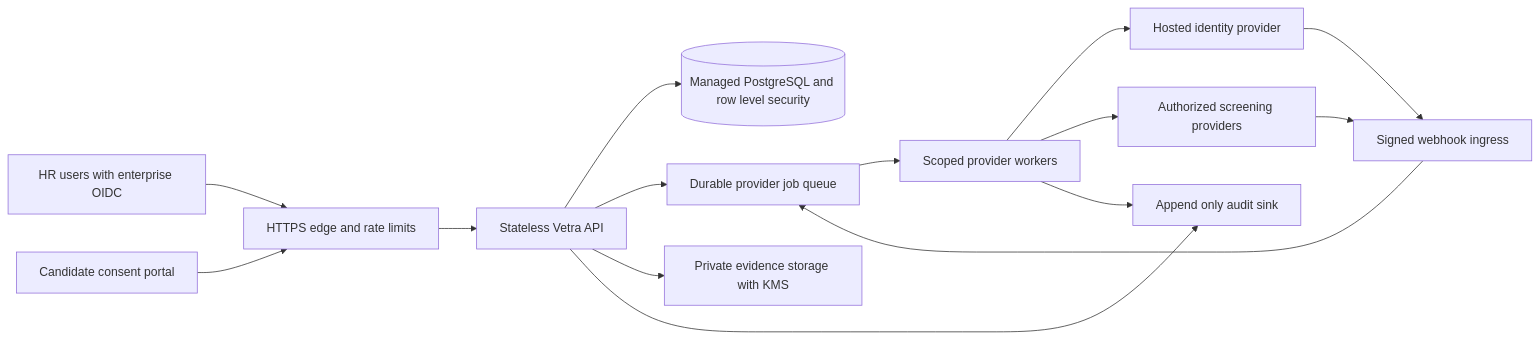
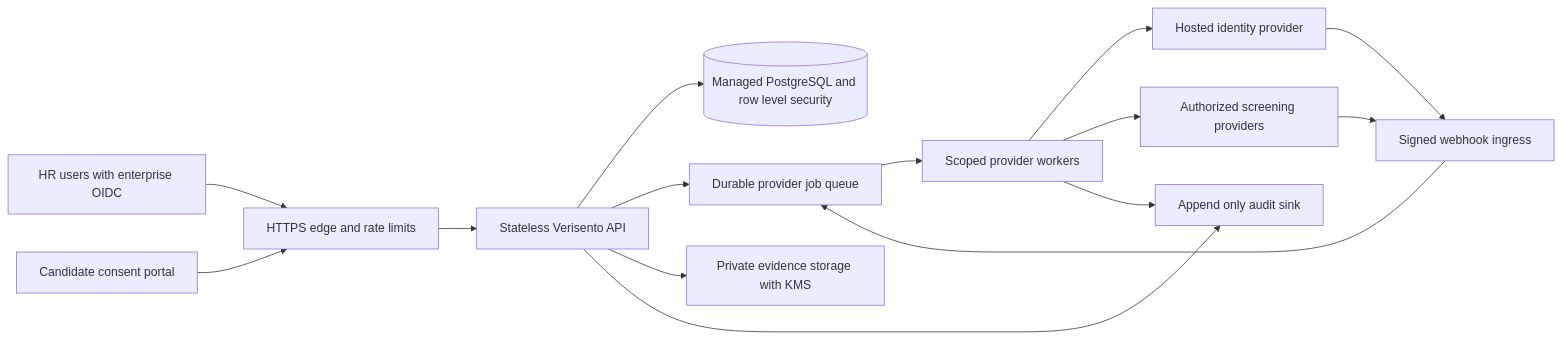
Before and after one commit to jaimedhenriques/maigret: the diagram in docs/business/ENTERPRISE-ARCHITECTURE.md, drawn with Mermaid. The commit also changed other lines of this file and 23 other files, not shown here.

````diff
--- a/docs/business/ENTERPRISE-ARCHITECTURE.md
+++ b/docs/business/ENTERPRISE-ARCHITECTURE.md
@@ -12,17 +12,17 @@
 ```mermaid
 flowchart LR
     HR[HR users with enterprise OIDC] --> Edge[HTTPS edge and rate limits]
     Candidate[Candidate consent portal] --> Edge
-    Edge --> API[Stateless Vetra API]
+    Edge --> API[Stateless Verisento API]
     API --> DB[(Managed PostgreSQL and row level security)]
     API --> Queue[Durable provider job queue]
     Queue --> Worker[Scoped provider workers]
     Worker --> ID[Hosted identity provider]
     Worker --> BG[Authorized screening providers]
     ID --> Hook[Signed webhook ingress]
     BG --> Hook
     Hook --> Queue
     API --> Storage[Private evidence storage with KMS]
     API --> Audit[Append only audit sink]
     Worker --> Audit
 ```
````
